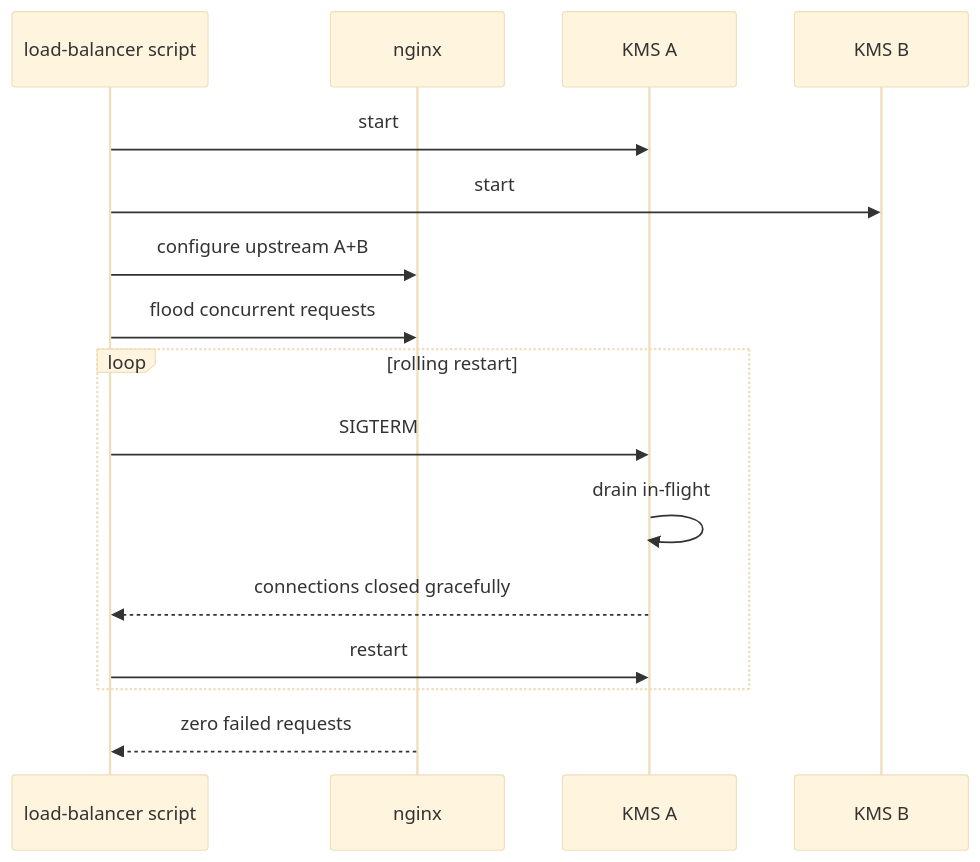
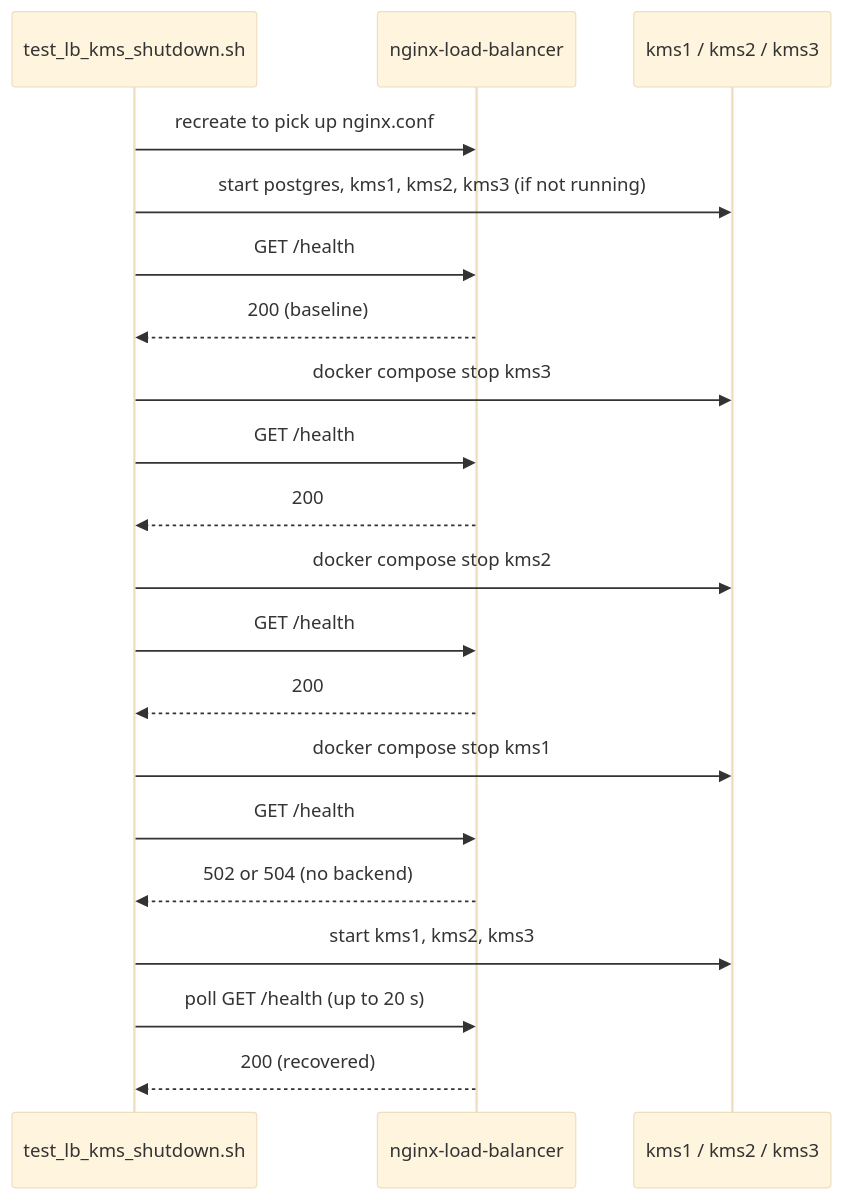
Before and after one commit to Cosmian/kms: diagram 60 of 60 in .mise/tasks/test/README.md, drawn with Mermaid (base theme). The commit also changed other lines of this file and 31 other files, not shown here.

````diff
--- a/.mise/tasks/test/README.md
+++ b/.mise/tasks/test/README.md
@@ -1706,19 +1750,23 @@
 ```mermaid
 sequenceDiagram
-    participant Test as load-balancer script
-    participant Nginx as nginx
-    participant KMS_A as KMS A
-    participant KMS_B as KMS B
+    participant Test as test_lb_kms_shutdown.sh
+    participant Nginx as nginx-load-balancer
+    participant KMS as kms1 / kms2 / kms3
 
-    Test->>KMS_A: start
-    Test->>KMS_B: start
-    Test->>Nginx: configure upstream A+B
-    Test->>Nginx: flood concurrent requests
-    loop rolling restart
-        Test->>KMS_A: SIGTERM
-        KMS_A->>KMS_A: drain in-flight
-        KMS_A-->>Test: connections closed gracefully
-        Test->>KMS_A: restart
-    end
-    Nginx-->>Test: zero failed requests
+    Test->>Nginx: recreate to pick up nginx.conf
+    Test->>KMS: start postgres, kms1, kms2, kms3 (if not running)
+    Test->>Nginx: GET /health
+    Nginx-->>Test: 200 (baseline)
+    Test->>KMS: docker compose stop kms3
+    Test->>Nginx: GET /health
+    Nginx-->>Test: 200
+    Test->>KMS: docker compose stop kms2
+    Test->>Nginx: GET /health
+    Nginx-->>Test: 200
+    Test->>KMS: docker compose stop kms1
+    Test->>Nginx: GET /health
+    Nginx-->>Test: 502 or 504 (no backend)
+    Test->>KMS: start kms1, kms2, kms3
+    Test->>Nginx: poll GET /health (up to 20 s)
+    Nginx-->>Test: 200 (recovered)
 ```
````
